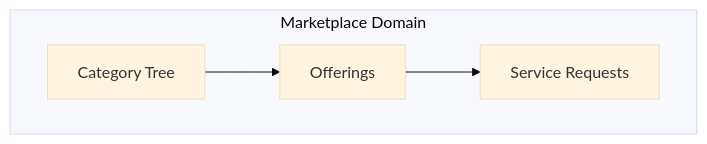
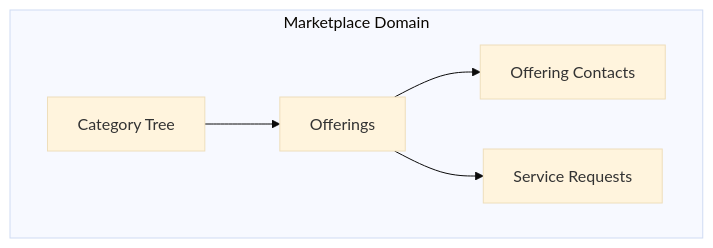
Before and after one commit to jairosouza67/99-Pai: the second of 8 diagrams in .qoder/repowiki/en/content/Service Marketplace.md, drawn with Mermaid (base theme). The commit also changed other lines of this file and 17 other files, not shown here.

````diff
--- a/.qoder/repowiki/en/content/Service Marketplace.md
+++ b/.qoder/repowiki/en/content/Service Marketplace.md
@@ -83,10 +101,12 @@
 ```mermaid
 graph TB
 subgraph "Marketplace Domain"
 CAT["Category Tree"]
 OFF["Offerings"]
+OC["Offering Contacts"]
 SR["Service Requests"]
 end
 CAT --> OFF
+OFF --> OC
 OFF --> SR
 ```
````
